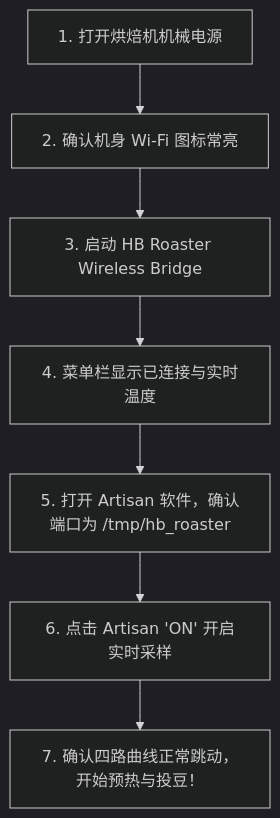
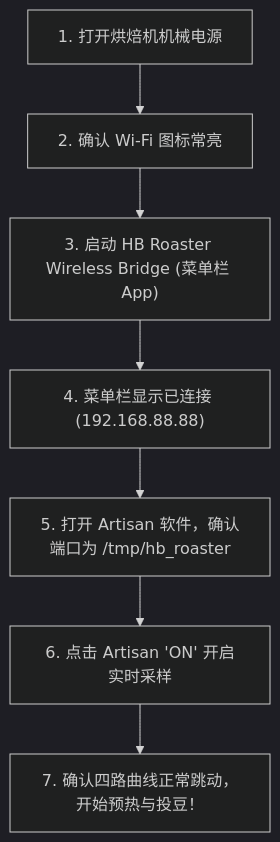
The diagram in docs/QUICKSTART_ROAST_GUIDE.md (koldllc/HB-Roaster-Wireless-Bridge), drawn with Mermaid (dark theme) before and after one commit. The commit also changed other lines of this file and 7 other files, not shown here.

````diff
--- a/docs/QUICKSTART_ROAST_GUIDE.md
+++ b/docs/QUICKSTART_ROAST_GUIDE.md
@@ -9,9 +9,9 @@
 ```mermaid
 flowchart TD
-    A["1. 打开烘焙机机械电源"] --> B["2. 确认机身 Wi-Fi 图标常亮"]
-    B --> C["3. 启动 HB Roaster Wireless Bridge"]
-    C --> D["4. 菜单栏显示已连接与实时温度"]
+    A["1. 打开烘焙机机械电源"] --> B["2. 确认 Wi-Fi 图标常亮"]
+    B --> C["3. 启动 HB Roaster Wireless Bridge (菜单栏 App)"]
+    C --> D["4. 菜单栏显示已连接 (192.168.88.88)"]
     D --> E["5. 打开 Artisan 软件，确认端口为 /tmp/hb_roaster"]
     E --> F["6. 点击 Artisan 'ON' 开启实时采样"]
     F --> G["7. 确认四路曲线正常跳动，开始预热与投豆！"]
 ```
````
